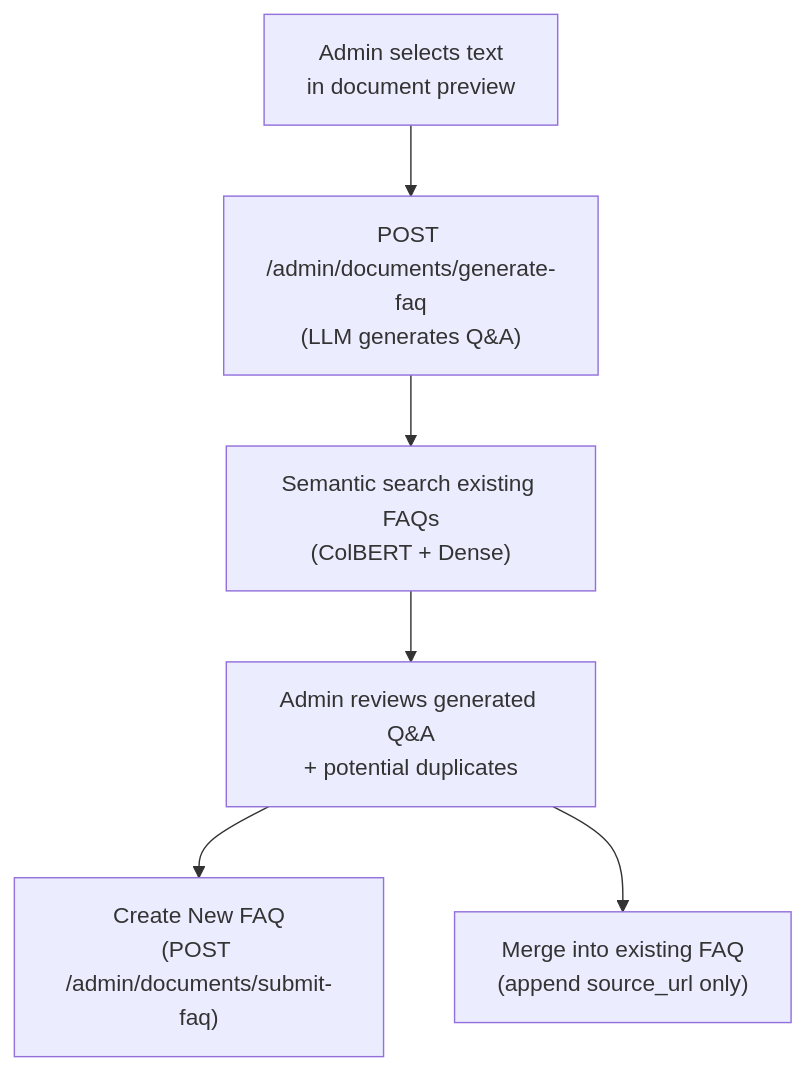
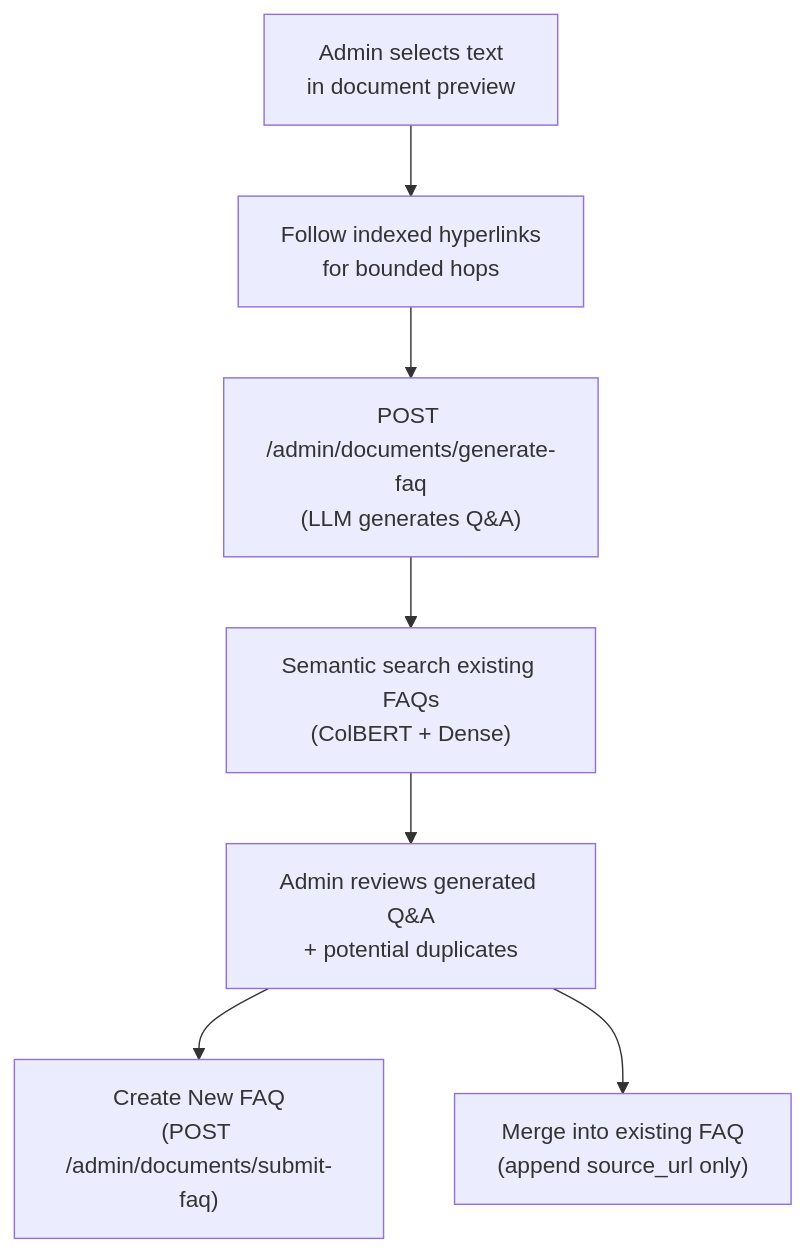
Before and after one commit to flozi00/qdrant-proxy: the second of 3 diagrams in docs/faq-knowledge-base.md, drawn with Mermaid. The commit also changed other lines of this file and 16 other files, not shown here.

````diff
--- a/docs/faq-knowledge-base.md
+++ b/docs/faq-knowledge-base.md
@@ -89,8 +98,9 @@
 ```mermaid
 flowchart TD
-    Select["Admin selects text\nin document preview"] --> Generate["POST /admin/documents/generate-faq\n(LLM generates Q&A)"]
+    Select["Admin selects text\nin document preview"] --> Expand["Follow indexed hyperlinks\nfor bounded hops"]
+    Expand --> Generate["POST /admin/documents/generate-faq\n(LLM generates Q&A)"]
     Generate --> Dedup["Semantic search existing FAQs\n(ColBERT + Dense)"]
     Dedup --> Review["Admin reviews generated Q&A\n+ potential duplicates"]
     Review --> Create["Create New FAQ\n(POST /admin/documents/submit-faq)"]
     Review --> Merge["Merge into existing FAQ\n(append source_url only)"]
 ```
````
